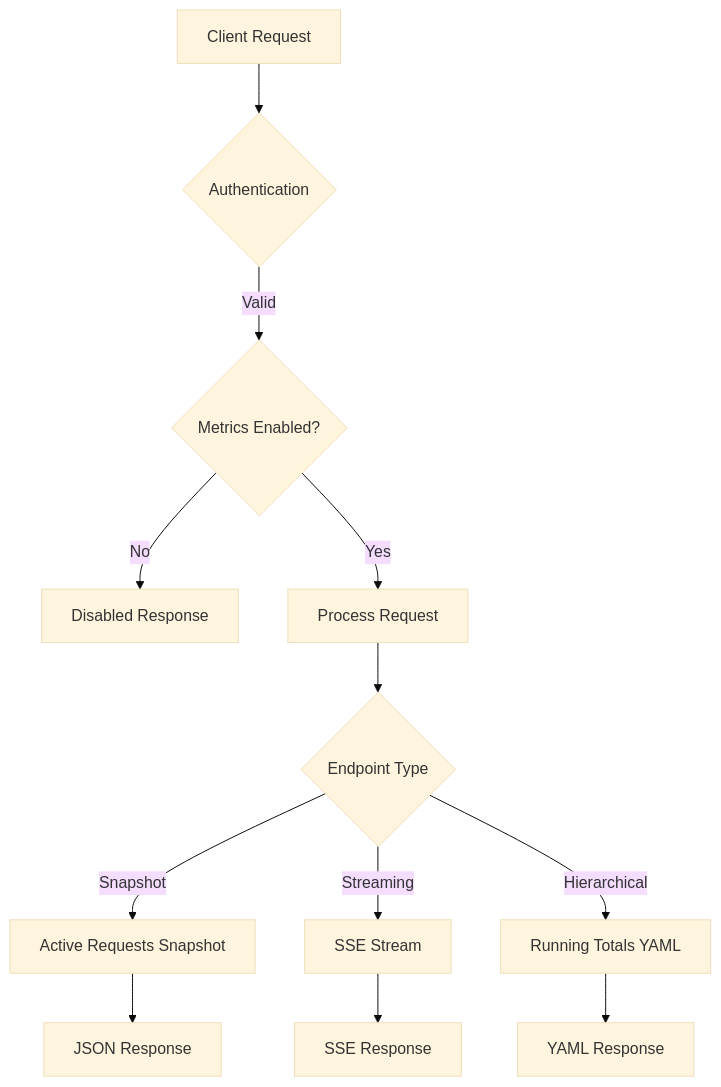
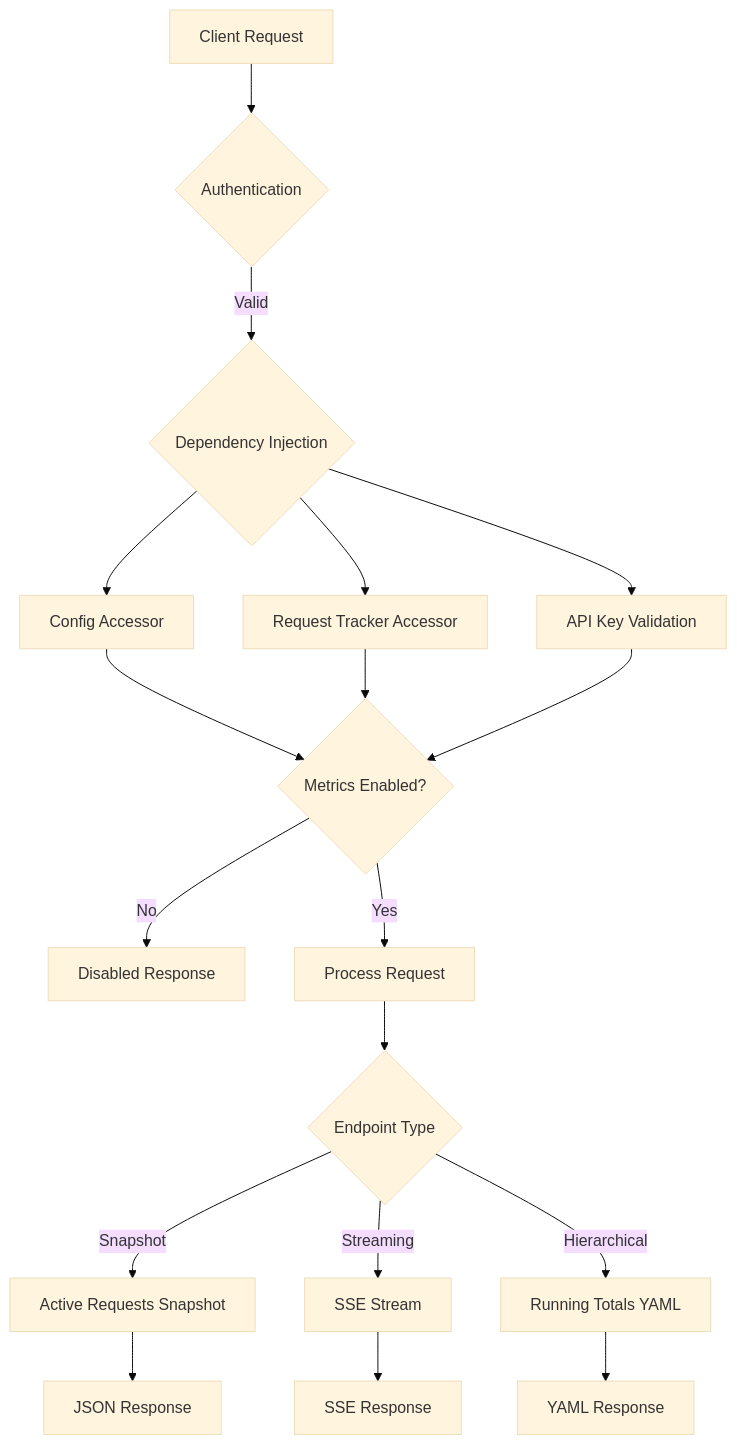
One commit to CedarVerse/vandamme-proxy changed the diagram in .qoder/repowiki/en/content/Observability/Real-Time Monitoring/Data Flow and Integration/API Exposure Layer.md. Above: the diagram before and after it, drawn with Mermaid (base theme). The commit also changed other lines of this file and 9 other files, not shown here.

````diff
--- a/.qoder/repowiki/en/content/Observability/Real-Time Monitoring/Data Flow and Integration/API Exposure Layer.md
+++ b/.qoder/repowiki/en/content/Observability/Real-Time Monitoring/Data Flow and Integration/API Exposure Layer.md
@@ -40,14 +57,20 @@
 ```mermaid
 graph TD
 A[Client Request] --> B{Authentication}
-B --> |Valid| C{Metrics Enabled?}
-C --> |No| D[Disabled Response]
-C --> |Yes| E[Process Request]
-E --> F{Endpoint Type}
-F --> |Snapshot| G[Active Requests Snapshot]
-F --> |Streaming| H[SSE Stream]
-F --> |Hierarchical| I[Running Totals YAML]
-G --> J[JSON Response]
-H --> K[SSE Response]
-I --> L[YAML Response]
+B --> |Valid| C{Dependency Injection}
+C --> D[Config Accessor]
+C --> E[Request Tracker Accessor]
+C --> F[API Key Validation]
+D --> G{Metrics Enabled?}
+E --> G
+F --> G
+G --> |No| H[Disabled Response]
+G --> |Yes| I[Process Request]
+I --> J{Endpoint Type}
+J --> |Snapshot| K[Active Requests Snapshot]
+J --> |Streaming| L[SSE Stream]
+J --> |Hierarchical| M[Running Totals YAML]
+K --> N[JSON Response]
+L --> O[SSE Response]
+M --> P[YAML Response]
 ```
````
